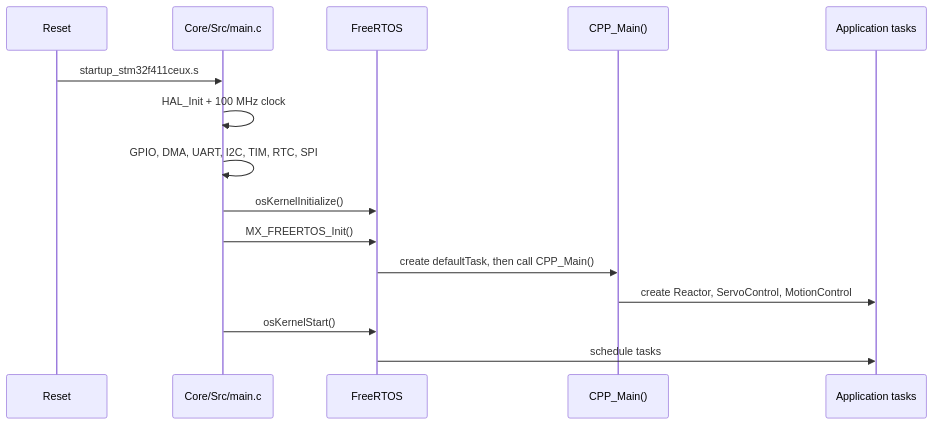
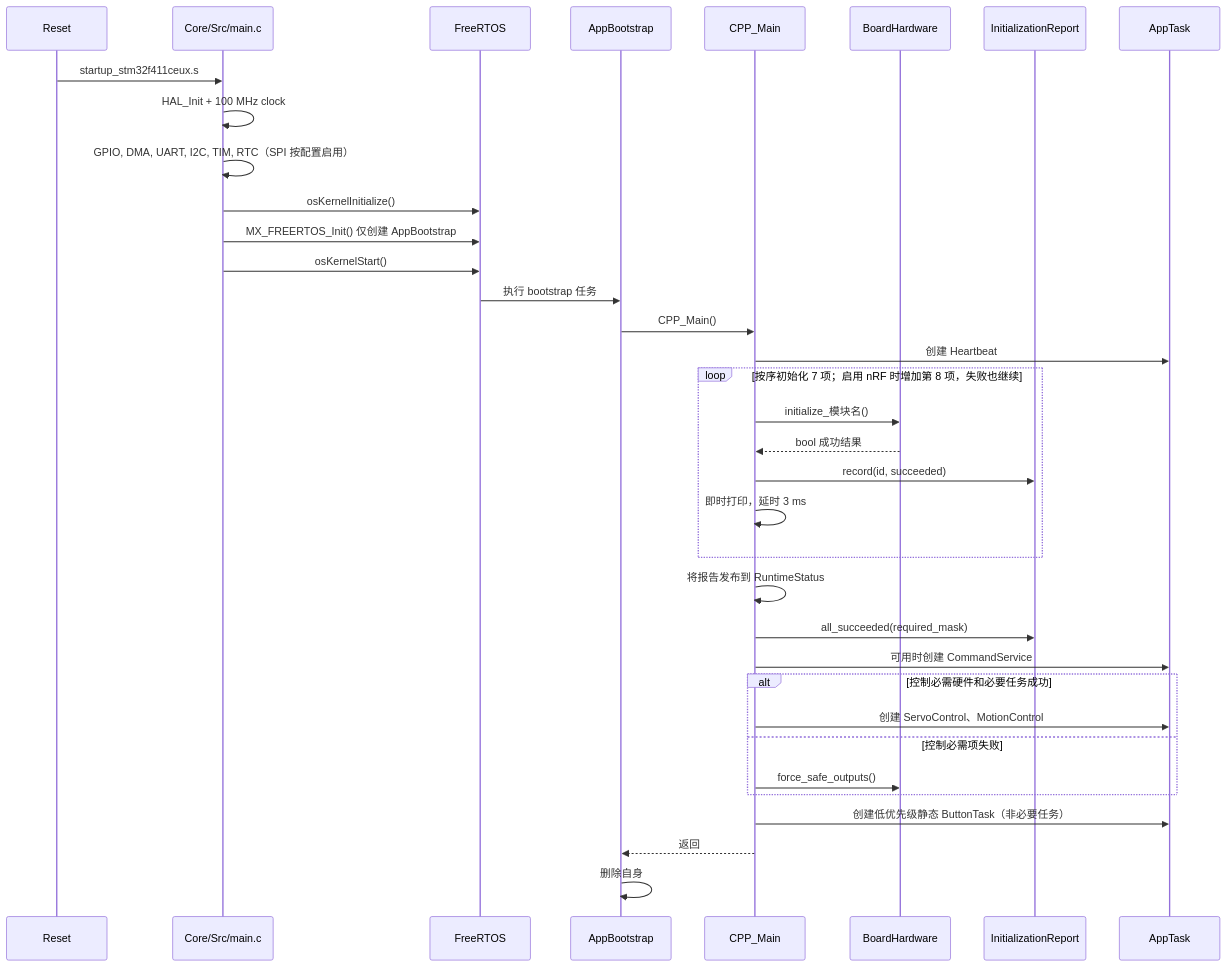
Before and after one commit to lk888l/wheeled-legged_Robot-WL1: the second of 3 diagrams in car_firmware/docs/architecture.md, drawn with Mermaid. The commit also changed other lines of this file and 120 other files, not shown here.

First line of the commit message:
feat: modularize firmware and enhance runtime control

````diff
--- a/car_firmware/docs/architecture.md
+++ b/car_firmware/docs/architecture.md
@@ -32,18 +45,38 @@
 ```mermaid
 sequenceDiagram
     participant Reset as Reset
     participant C as Core/Src/main.c
     participant RTOS as FreeRTOS
-    participant CPP as CPP_Main()
-    participant Tasks as Application tasks
+    participant Boot as AppBootstrap
+    participant Main as CPP_Main
+    participant Board as BoardHardware
+    participant Report as InitializationReport
+    participant Tasks as AppTask
 
     Reset->>C: startup_stm32f411ceux.s
     C->>C: HAL_Init + 100 MHz clock
-    C->>C: GPIO, DMA, UART, I2C, TIM, RTC, SPI
+    C->>C: GPIO, DMA, UART, I2C, TIM, RTC（SPI 按配置启用）
     C->>RTOS: osKernelInitialize()
-    C->>RTOS: MX_FREERTOS_Init()
-    RTOS->>CPP: create defaultTask, then call CPP_Main()
-    CPP->>Tasks: create Reactor, ServoControl, MotionControl
+    C->>RTOS: MX_FREERTOS_Init() 仅创建 AppBootstrap
     C->>RTOS: osKernelStart()
-    RTOS->>Tasks: schedule tasks
+    RTOS->>Boot: 执行 bootstrap 任务
+    Boot->>Main: CPP_Main()
+    Main->>Tasks: 创建 Heartbeat
+    loop 按序初始化 7 项；启用 nRF 时增加第 8 项，失败也继续
+        Main->>Board: initialize_模块名()
+        Board-->>Main: bool 成功结果
+        Main->>Report: record(id, succeeded)
+        Main->>Main: 即时打印，延时 3 ms
+    end
+    Main->>Main: 将报告发布到 RuntimeStatus
+    Main->>Report: all_succeeded(required_mask)
+    Main->>Tasks: 可用时创建 CommandService
+    alt 控制必需硬件和必要任务成功
+        Main->>Tasks: 创建 ServoControl、MotionControl
+    else 控制必需项失败
+        Main->>Board: force_safe_outputs()
+    end
+    Main->>Tasks: 创建低优先级静态 ButtonTask（非必要任务）
+    Main-->>Boot: 返回
+    Boot->>Boot: 删除自身
 ```
````
